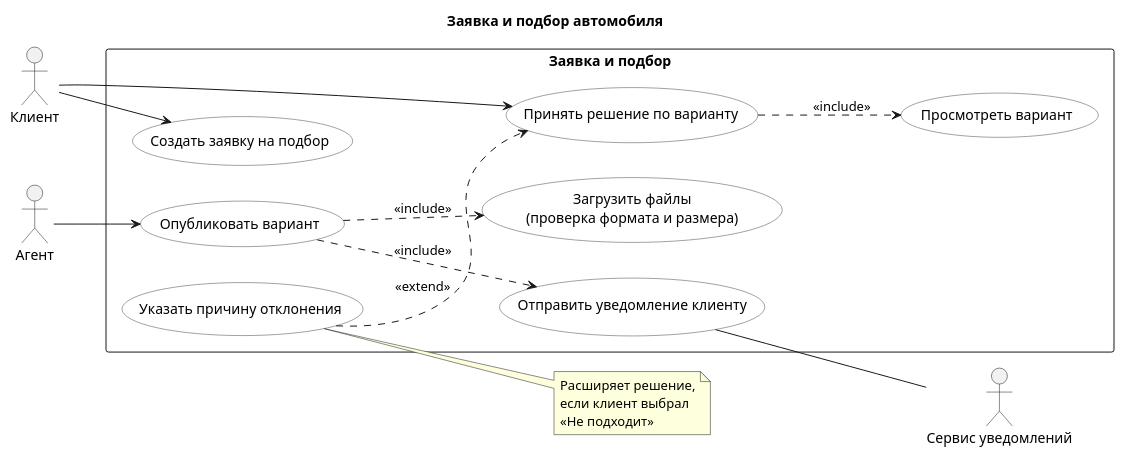
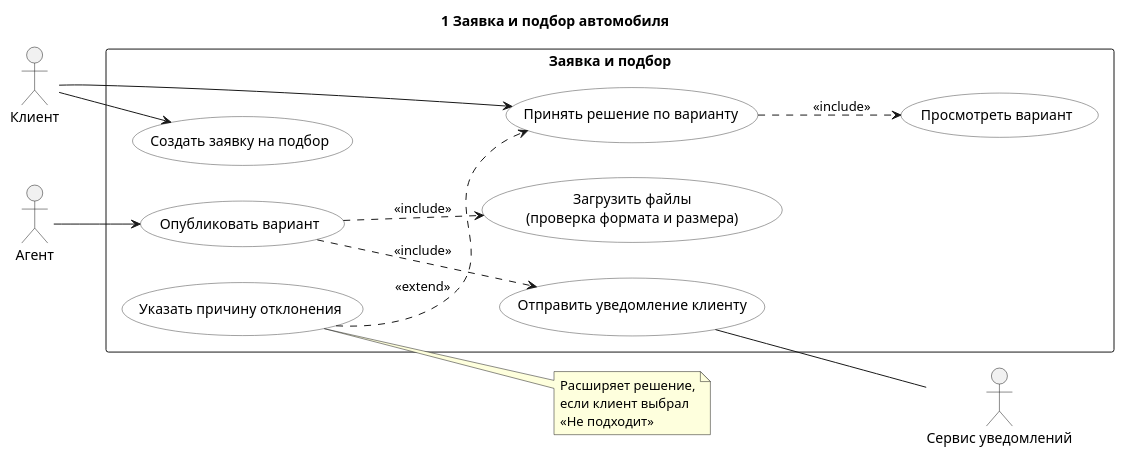
The diagram in docs/use case/01-request-and-selection.puml (userhivi/pet-ptoject), drawn with PlantUML before and after one commit.

```diff
--- a/docs/use case/01-request-and-selection.puml
+++ b/docs/use case/01-request-and-selection.puml
@@ -1,41 +1,41 @@
 @startuml
-title Заявка и подбор автомобиля
+title 1 Заявка и подбор автомобиля
 
 left to right direction
 skinparam shadowing false
 skinparam usecase {
   BackgroundColor #FFFFFF
   BorderColor #444444
 }
 
 actor "Клиент" as Client
 actor "Агент" as Agent
 actor "Сервис уведомлений" as Notifier
 
 rectangle "Заявка и подбор" {
   usecase "Создать заявку на подбор" as UC01
   usecase "Опубликовать вариант" as UC02
   usecase "Просмотреть вариант" as UC03
   usecase "Принять решение по варианту" as UC04
   usecase "Указать причину отклонения" as UC05
   usecase "Загрузить файлы\n(проверка формата и размера)" as UC06
   usecase "Отправить уведомление клиенту" as UC07
 }
 
 Client --> UC01
 Client --> UC04
 Agent --> UC02
 UC07 -- Notifier
 
 UC02 ..> UC06 : <<include>>
 UC02 ..> UC07 : <<include>>
 UC04 ..> UC03 : <<include>>
 UC05 ..> UC04 : <<extend>>
 
 note right of UC05
   Расширяет решение,
   если клиент выбрал
   «Не подходит»
 end note
 
 @enduml
```
